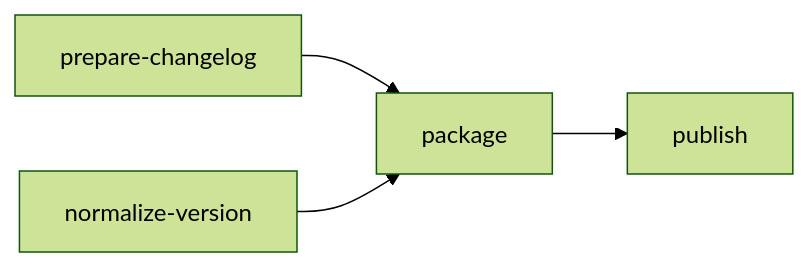
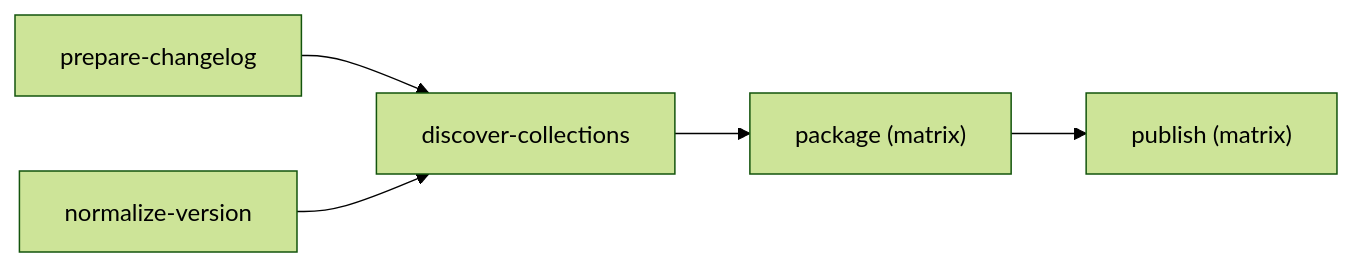
One commit to microsoft/hve-core changed the fourth of 4 diagrams in docs/architecture/workflows.md. Above: the diagram before and after it, drawn with Mermaid (forest theme). The commit also changed other lines of this file and 2 other files, not shown here.

````diff
--- a/docs/architecture/workflows.md
+++ b/docs/architecture/workflows.md
@@ -179,6 +182,7 @@
 ```mermaid
 flowchart LR
-    PC[prepare-changelog] --> PKG[package]
-    NV[normalize-version] --> PKG
-    PKG --> PUB[publish]
+    PC[prepare-changelog] --> DC[discover-collections]
+    NV[normalize-version] --> DC
+    DC --> PKG["package (matrix)"]
+    PKG --> PUB["publish (matrix)"]
 ```
````
